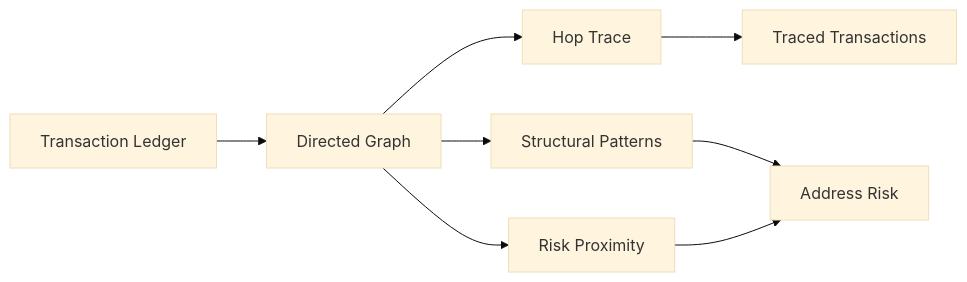
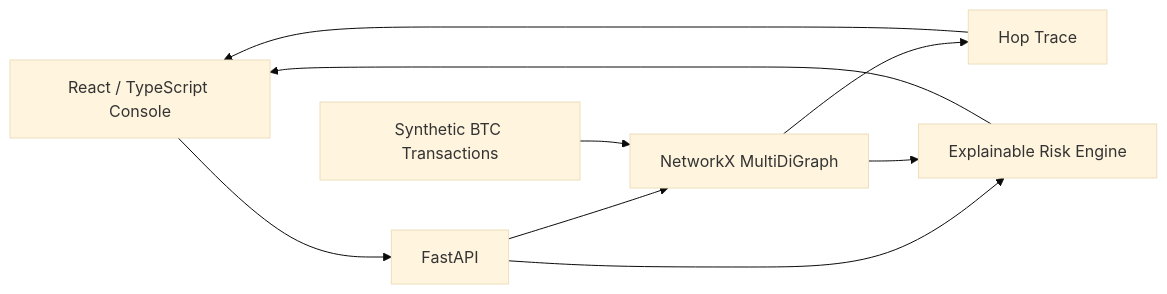
The diagram in README.md (seoyeonglee/crypto-transaction-tracer), drawn with Mermaid (base theme) before and after one commit. The commit also changed other lines of this file and 15 other files, not shown here.

````diff
--- a/README.md
+++ b/README.md
@@ -20,10 +23,11 @@
 ```mermaid
 flowchart LR
-    A[Transaction Ledger] --> B[Directed Graph]
-    B --> C[Hop Trace]
-    B --> D[Structural Patterns]
-    B --> E[Risk Proximity]
-    C --> F[Traced Transactions]
-    D --> G[Address Risk]
-    E --> G
+    UI[React / TypeScript Console] --> API[FastAPI]
+    API --> G[NetworkX MultiDiGraph]
+    API --> R[Explainable Risk Engine]
+    D[Synthetic BTC Transactions] --> G
+    G --> T[Hop Trace]
+    G --> R
+    T --> UI
+    R --> UI
 ```
````
